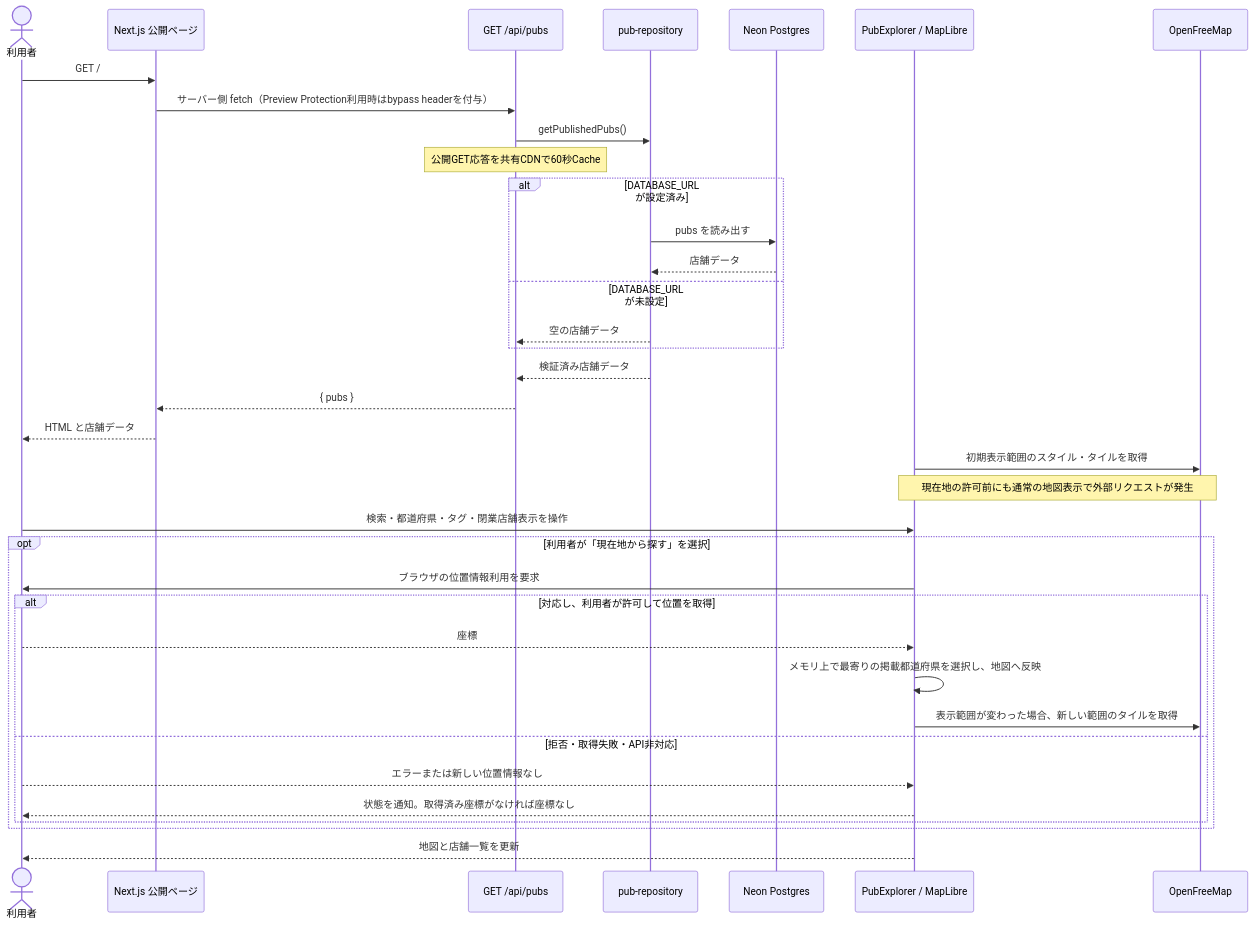
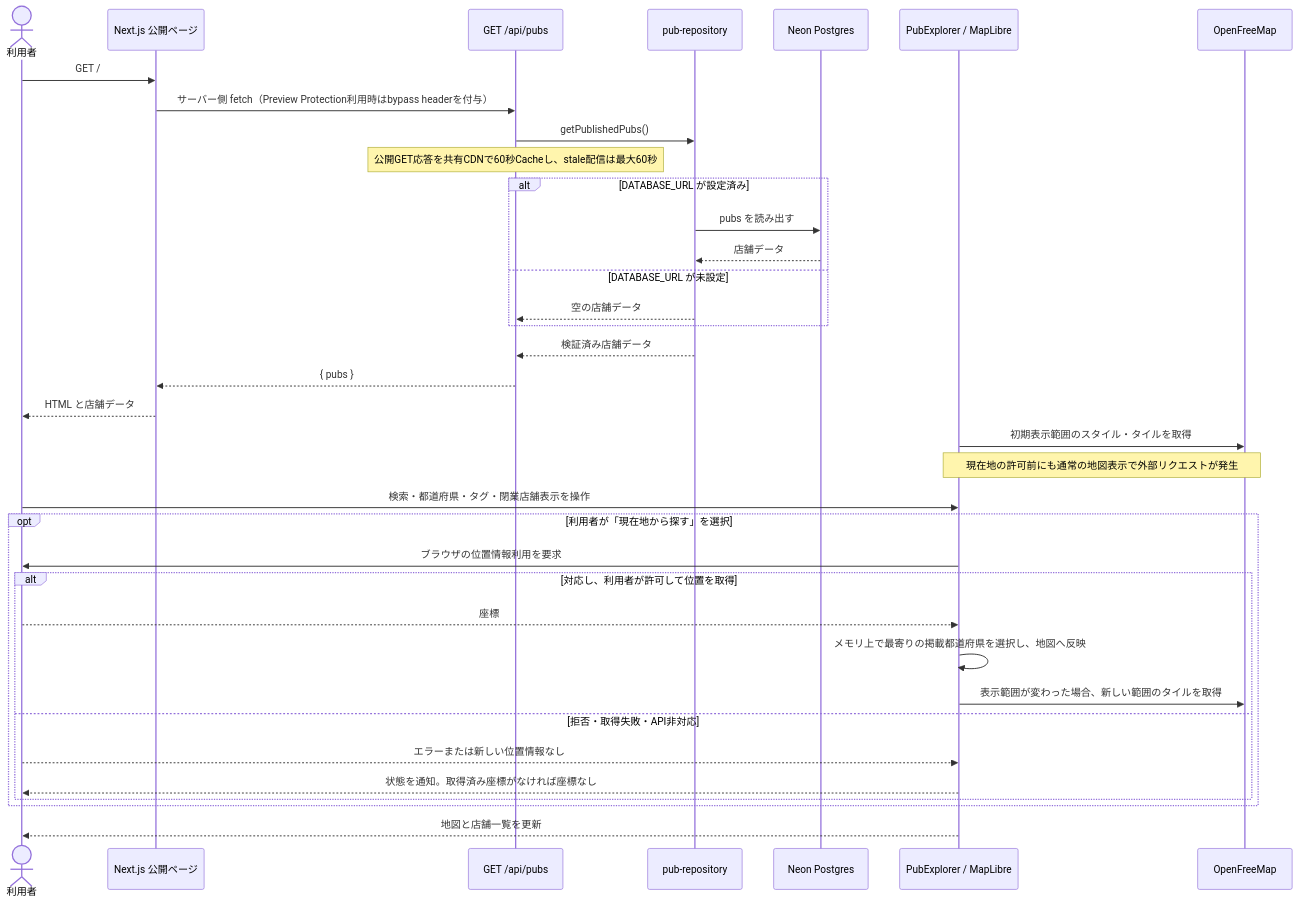
Before and after one commit to yusukefr/irishpub-map: the first of 4 diagrams in docs/architecture/sequences.md, drawn with Mermaid. The commit also changed 6 other files, not shown here.

````diff
--- a/docs/architecture/sequences.md
+++ b/docs/architecture/sequences.md
@@ -5,39 +5,39 @@
 ```mermaid
 sequenceDiagram
   actor Visitor as 利用者
   participant Page as Next.js 公開ページ
   participant API as GET /api/pubs
   participant Repository as pub-repository
   participant Neon as Neon Postgres
   participant Explorer as PubExplorer / MapLibre
   participant MapProvider as OpenFreeMap
 
   Visitor->>Page: GET /
   Page->>API: サーバー側 fetch（Preview Protection利用時はbypass headerを付与）
   API->>Repository: getPublishedPubs()
-  Note over API: 公開GET応答を共有CDNで60秒Cache
+  Note over API: 公開GET応答を共有CDNで60秒Cacheし、stale配信は最大60秒
   alt DATABASE_URL が設定済み
     Repository->>Neon: pubs を読み出す
     Neon-->>Repository: 店舗データ
   else DATABASE_URL が未設定
     Repository-->>API: 空の店舗データ
   end
   Repository-->>API: 検証済み店舗データ
   API-->>Page: { pubs }
   Page-->>Visitor: HTML と店舗データ
   Explorer->>MapProvider: 初期表示範囲のスタイル・タイルを取得
   Note over Explorer,MapProvider: 現在地の許可前にも通常の地図表示で外部リクエストが発生
   Visitor->>Explorer: 検索・都道府県・タグ・閉業店舗表示を操作
   opt 利用者が「現在地から探す」を選択
     Explorer->>Visitor: ブラウザの位置情報利用を要求
     alt 対応し、利用者が許可して位置を取得
       Visitor-->>Explorer: 座標
       Explorer->>Explorer: メモリ上で最寄りの掲載都道府県を選択し、地図へ反映
       Explorer->>MapProvider: 表示範囲が変わった場合、新しい範囲のタイルを取得
     else 拒否・取得失敗・API非対応
       Visitor-->>Explorer: エラーまたは新しい位置情報なし
       Explorer-->>Visitor: 状態を通知。取得済み座標がなければ座標なし
     end
   end
   Explorer-->>Visitor: 地図と店舗一覧を更新
 ```
````
